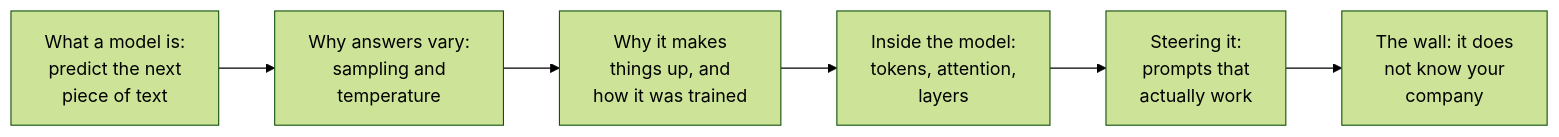
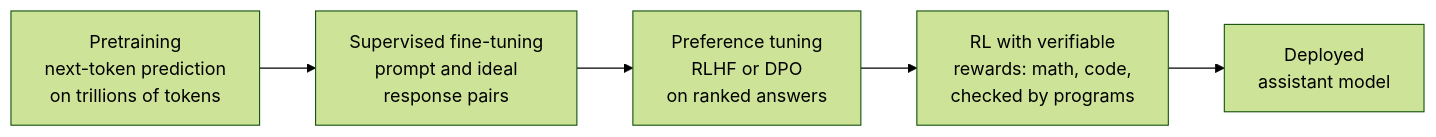
Before and after one commit to shubamchaudhary/CodeNITW: the third of 10 diagrams in src/Data/aiStackDocs/CH-01.md, drawn with Mermaid (forest theme). The commit also changed other lines of this file and 52 other files, not shown here.

````diff
--- a/src/Data/aiStackDocs/CH-01.md
+++ b/src/Data/aiStackDocs/CH-01.md
@@ -9,8 +60,7 @@
 ```mermaid
 flowchart LR
-    A["What a model is:<br/>predict the next<br/>piece of text"] --> B["Why answers vary:<br/>sampling and<br/>temperature"]
-    B --> C["Why it makes<br/>things up, and<br/>how it was trained"]
-    C --> D["Inside the model:<br/>tokens, attention,<br/>layers"]
-    D --> E["Steering it:<br/>prompts that<br/>actually work"]
-    E --> F["The wall: it does<br/>not know your<br/>company"]
+    PT["Pretraining<br/>next-token prediction<br/>on trillions of tokens"] --> SFT["Supervised fine-tuning<br/>prompt and ideal<br/>response pairs"]
+    SFT --> PREF["Preference tuning<br/>RLHF or DPO<br/>on ranked answers"]
+    PREF --> RL["RL with verifiable<br/>rewards: math, code,<br/>checked by programs"]
+    RL --> CHAT["Deployed<br/>assistant model"]
 ```
````
